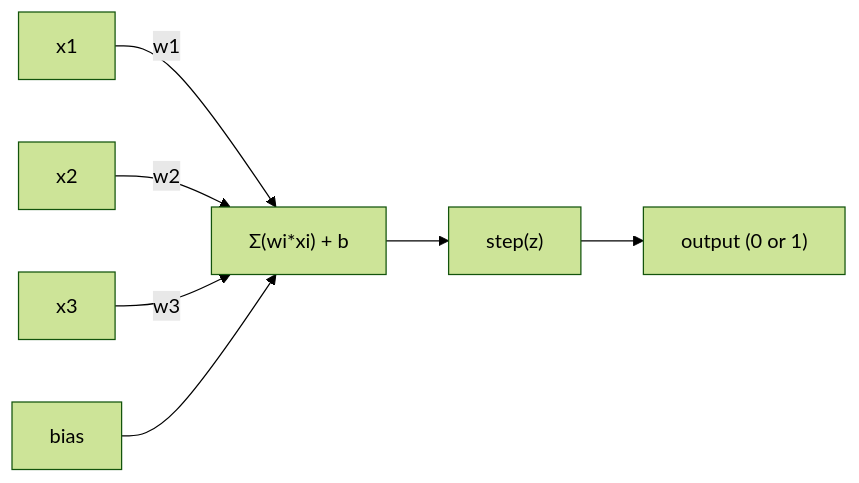
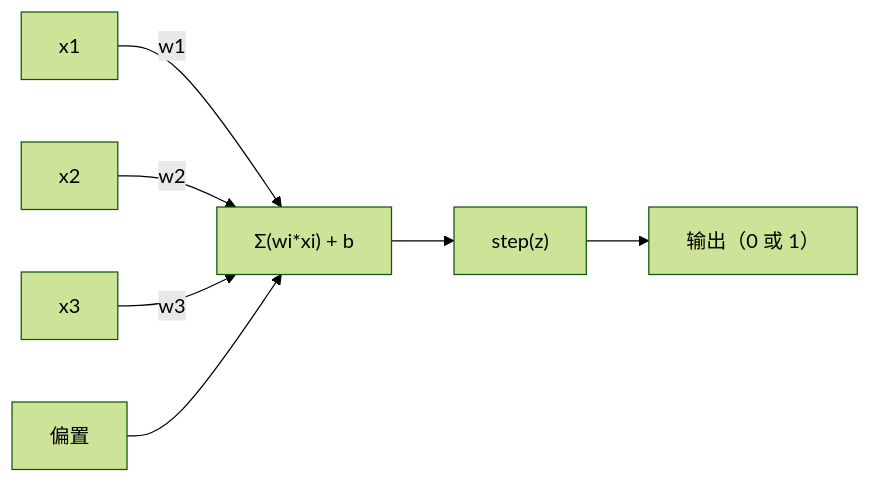
One commit to JerryC8080/ai-engineering-from-scratch-zh changed the first of 2 diagrams in phases/03-deep-learning-core/01-the-perceptron/docs/zh.md. Above: the diagram before and after it, drawn with Mermaid (forest theme). The commit also changed other lines of this file and 156 other files, not shown here.

First line of the commit message:
i18n(zh): translate mermaid diagram labels in 157 lesson zh.md

````diff
--- a/phases/03-deep-learning-core/01-the-perceptron/docs/zh.md
+++ b/phases/03-deep-learning-core/01-the-perceptron/docs/zh.md
@@ -33,9 +33,9 @@
 ```mermaid
 graph LR
     x1["x1"] -- "w1" --> sum["Σ(wi*xi) + b"]
     x2["x2"] -- "w2" --> sum
     x3["x3"] -- "w3" --> sum
-    bias["bias"] --> sum
+    bias["偏置"] --> sum
     sum --> step["step(z)"]
-    step --> out["output (0 or 1)"]
+    step --> out["输出（0 或 1）"]
 ```
````
